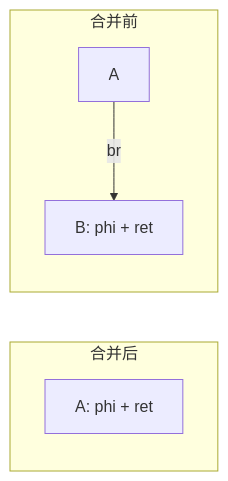
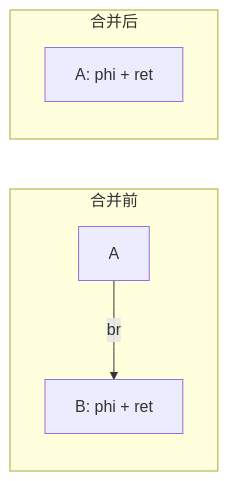
One commit to lightsmilew/compiler-principles changed the second of 3 diagrams in docs/optim/ir-cfg-simplify.md. Above: the diagram before and after it, drawn with Mermaid. The commit also changed other lines of this file and 32 other files, not shown here.

Commit message:
docs: unify assessment flow and submission guidance

````diff
--- a/docs/optim/ir-cfg-simplify.md
+++ b/docs/optim/ir-cfg-simplify.md
@@ -91,10 +91,9 @@
 ```mermaid
-%% 同上：先写「合并后」，渲染出来才是上=合并前、下=合并后。
 flowchart LR
-  subgraph 合并后
-    A2[A: phi + ret]
-  end
-  subgraph 合并前
+  subgraph Before2["合并前"]
     A1[A] -- br --> B1[B: phi + ret]
   end
+  subgraph After2["合并后"]
+    A2["A: phi + ret"]
+  end
 ```
````
